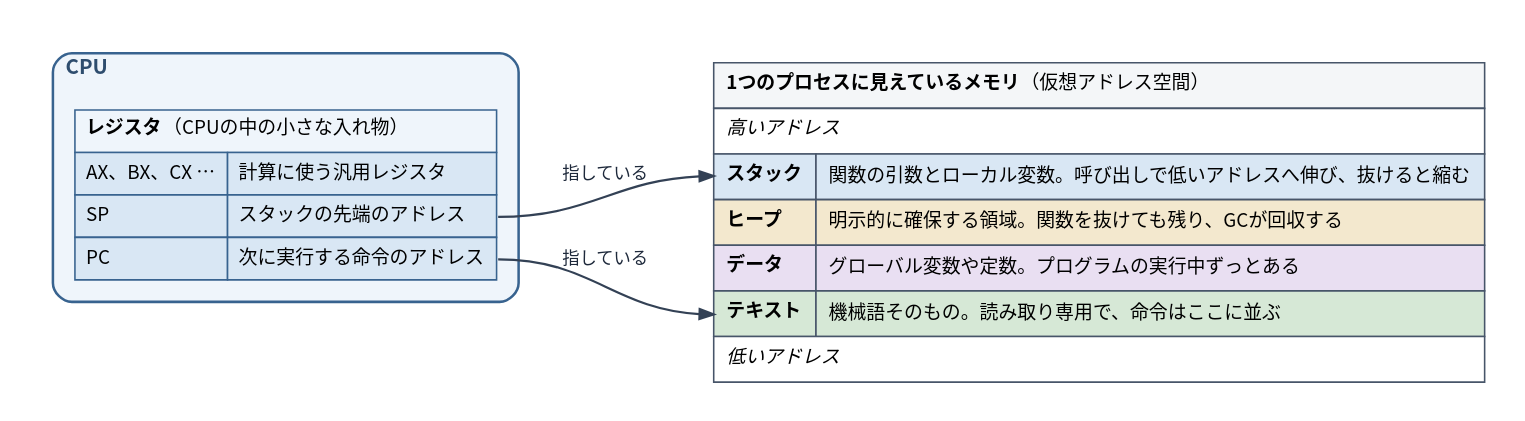
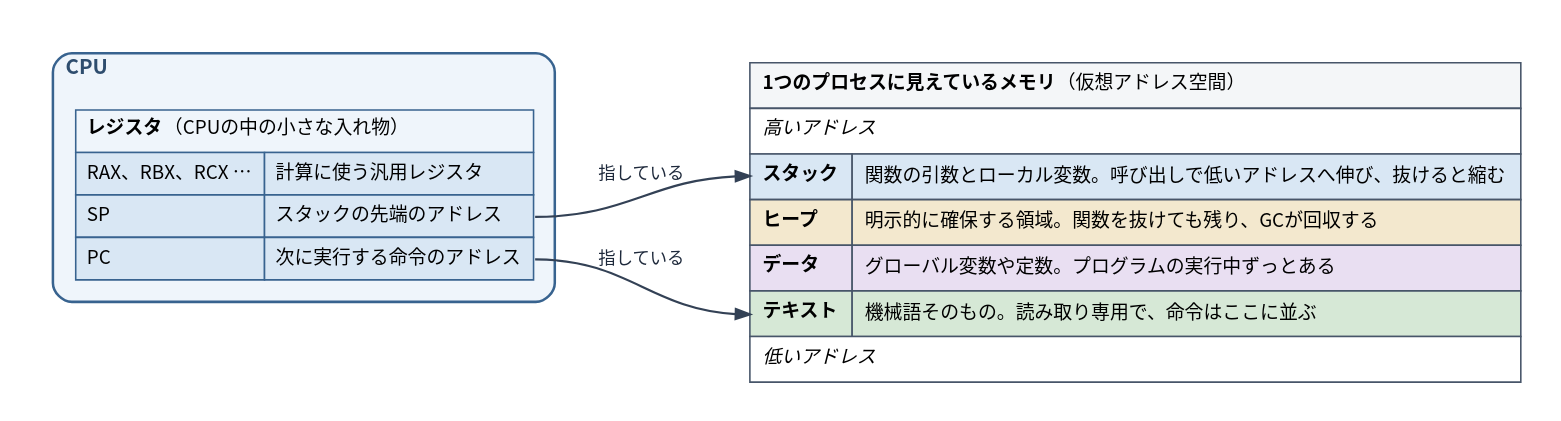
Before and after one commit to ymotongpoo/zenn.dev: the diagram in diagrams/go-ebpf-primer/20260820-memory-and-cpu.dot, drawn with Graphviz. The commit also changed 74 other files, not shown here.

```diff
--- a/diagrams/go-ebpf-primer/20260820-memory-and-cpu.dot
+++ b/diagrams/go-ebpf-primer/20260820-memory-and-cpu.dot
@@ -1,52 +1,52 @@
 // プロセスのメモリとCPU
 digraph memory_and_cpu {
   graph [
     fontname="Harano Aji Gothic,Noto Sans CJK JP,IPAGothic", fontsize=13,
     rankdir=LR, compound=true, splines=true,
     nodesep=0.5, ranksep=1.1, pad=0.25,
     bgcolor="white", newrank=true
   ];
   node [
     fontname="Harano Aji Gothic,Noto Sans CJK JP,IPAGothic", fontsize=12,
     shape=box, style="rounded,filled",
     fillcolor="#F1F5F9", color="#475569", penwidth=1.6,
     margin="0.2,0.14"
   ];
   edge [
     fontname="Harano Aji Gothic,Noto Sans CJK JP,IPAGothic", fontsize=11,
     color="#334155", penwidth=1.4, arrowsize=0.9,
     fontcolor="#1E293B"
   ];
 
   subgraph cluster_cpu {
     label=<<b>CPU</b>>;
     style="rounded"; labeljust="l"; penwidth=1.6; margin=14;
     color="#38638F"; fontcolor="#2E4D6E"; bgcolor="#EFF5FB";
 
     regs [shape=plain, style="", label=<
       <table border="0" cellborder="1" cellspacing="0" cellpadding="6" color="#38638F">
         <tr><td colspan="2" align="left" bgcolor="#EFF5FB"><b>レジスタ</b>（CPUの中の小さな入れ物）</td></tr>
-        <tr><td align="left" bgcolor="#D9E7F4">AX、BX、CX …</td><td align="left" bgcolor="#D9E7F4">計算に使う汎用レジスタ</td></tr>
+        <tr><td align="left" bgcolor="#D9E7F4">RAX、RBX、RCX …</td><td align="left" bgcolor="#D9E7F4">計算に使う汎用レジスタ</td></tr>
         <tr><td align="left" bgcolor="#D9E7F4">SP</td><td port="sp" align="left" bgcolor="#D9E7F4">スタックの先端のアドレス</td></tr>
         <tr><td align="left" bgcolor="#D9E7F4">PC</td><td port="pc" align="left" bgcolor="#D9E7F4">次に実行する命令のアドレス</td></tr>
       </table>>];
   }
 
   mem [shape=plain, style="", label=<
     <table border="0" cellborder="1" cellspacing="0" cellpadding="7" color="#475569">
       <tr><td colspan="2" align="left" bgcolor="#F4F6F8"><b>1つのプロセスに見えているメモリ</b>（仮想アドレス空間）</td></tr>
       <tr><td colspan="2" align="left" bgcolor="#FFFFFF"><i>高いアドレス</i></td></tr>
       <tr><td port="stk" align="left" bgcolor="#D9E7F4"><b>スタック</b></td>
           <td align="left" bgcolor="#D9E7F4">関数の引数とローカル変数。呼び出しで低いアドレスへ伸び、抜けると縮む</td></tr>
       <tr><td align="left" bgcolor="#F3E8CE"><b>ヒープ</b></td>
           <td align="left" bgcolor="#F3E8CE">明示的に確保する領域。関数を抜けても残り、GCが回収する</td></tr>
       <tr><td align="left" bgcolor="#E9DFF2"><b>データ</b></td>
           <td align="left" bgcolor="#E9DFF2">グローバル変数や定数。プログラムの実行中ずっとある</td></tr>
       <tr><td port="txt" align="left" bgcolor="#D6E8D6"><b>テキスト</b></td>
           <td align="left" bgcolor="#D6E8D6">機械語そのもの。読み取り専用で、命令はここに並ぶ</td></tr>
       <tr><td colspan="2" align="left" bgcolor="#FFFFFF"><i>低いアドレス</i></td></tr>
     </table>>];
 
   regs:sp:e -> mem:stk:w [label=" 指している"];
   regs:pc:e -> mem:txt:w [label=" 指している"];
 }
```
